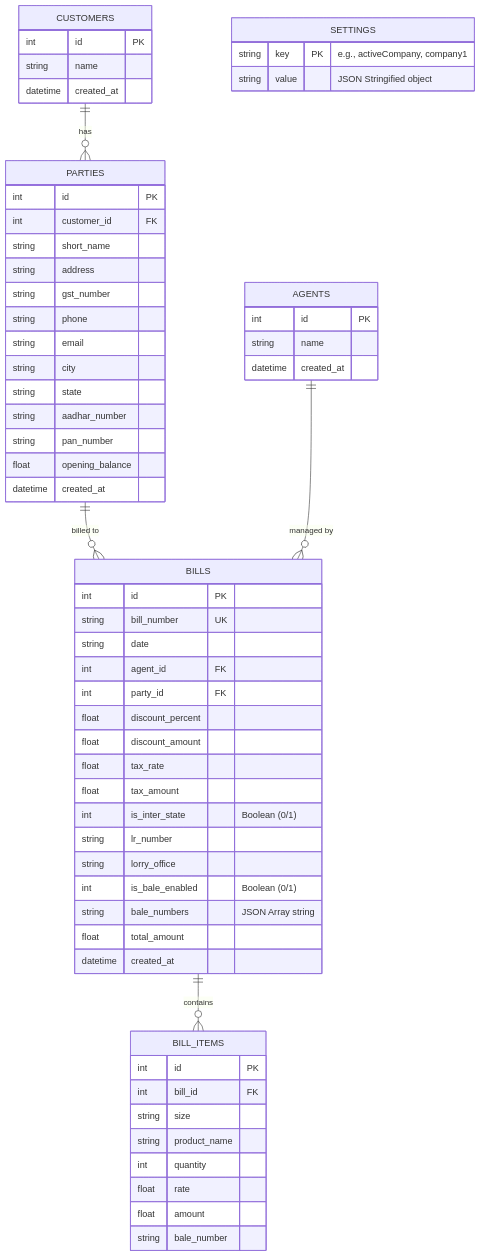
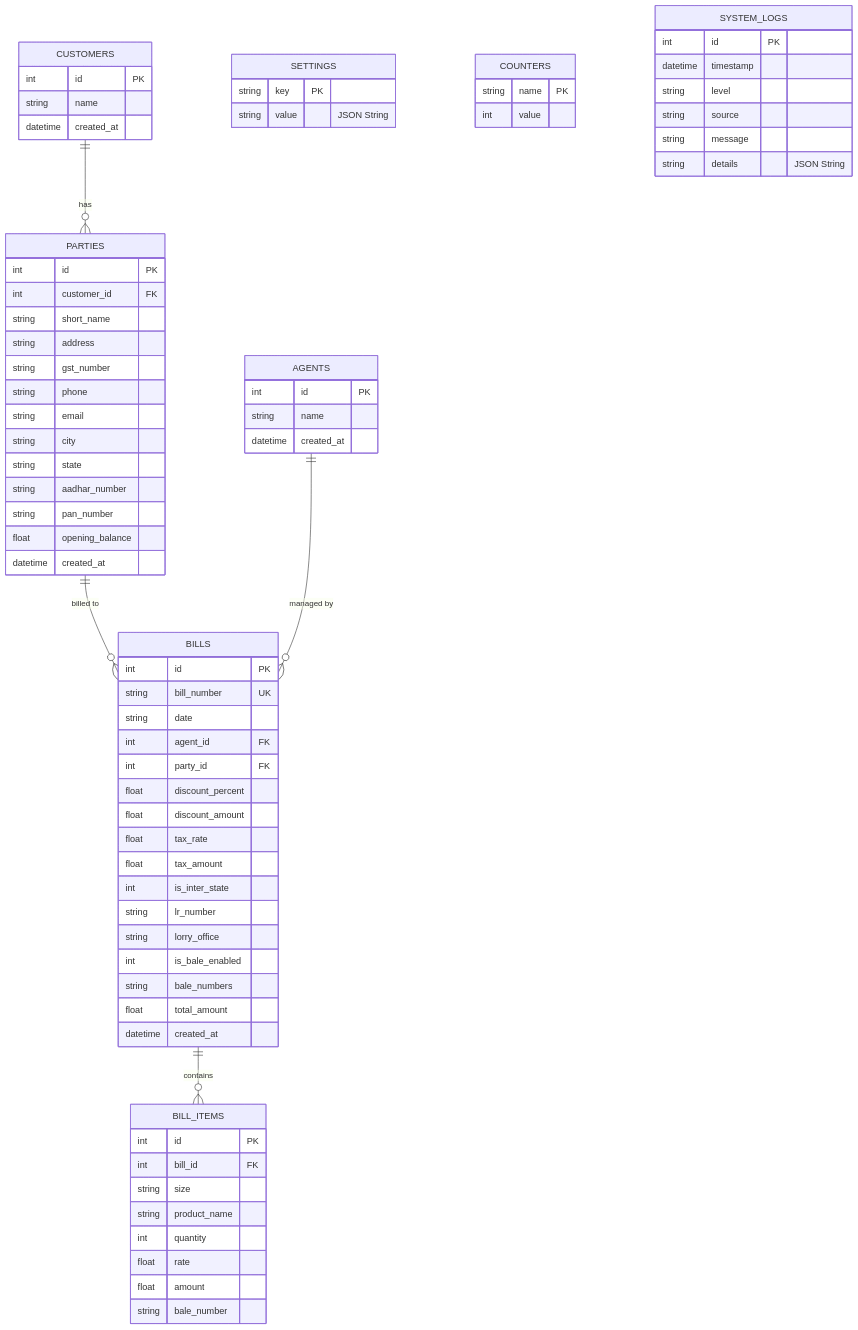
Before and after one commit to Gokul11271/Textile-App: the second of 2 diagrams in README.md, drawn with Mermaid. The commit also changed other lines of this file and 1 other file, not shown here.

Commit message:
refactor: update project documentation and architecture details to reflect new printing and database concurrency improvements

````diff
--- a/README.md
+++ b/README.md
@@ -174,11 +152,11 @@
         float discount_amount
         float tax_rate
         float tax_amount
-        int is_inter_state "Boolean (0/1)"
+        int is_inter_state
         string lr_number
         string lorry_office
-        int is_bale_enabled "Boolean (0/1)"
-        string bale_numbers "JSON Array string"
+        int is_bale_enabled
+        string bale_numbers
         float total_amount
         datetime created_at
     }
@@ -195,7 +173,21 @@
     }
 
     SETTINGS {
-        string key PK "e.g., activeCompany, company1"
-        string value "JSON Stringified object"
+        string key PK
+        string value "JSON String"
+    }
+
+    COUNTERS {
+        string name PK
+        int value
+    }
+
+    SYSTEM_LOGS {
+        int id PK
+        datetime timestamp
+        string level
+        string source
+        string message
+        string details "JSON String"
     }
 ```
````
